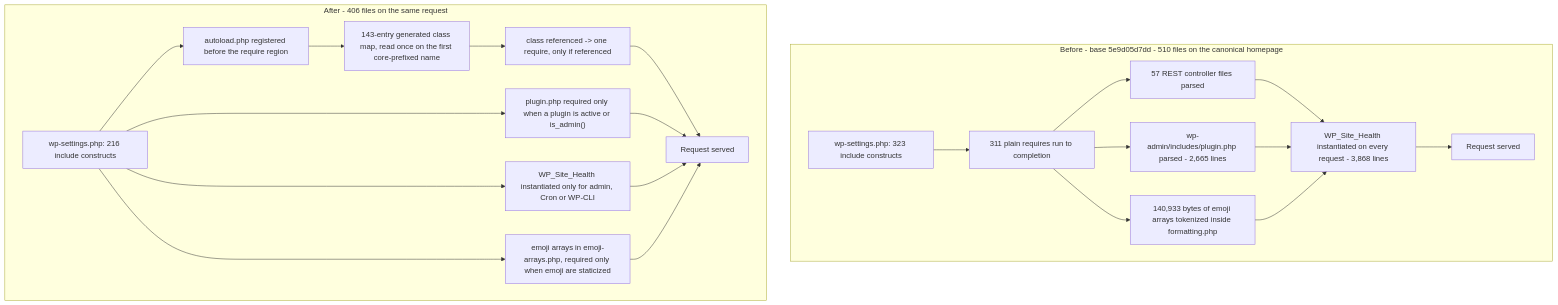
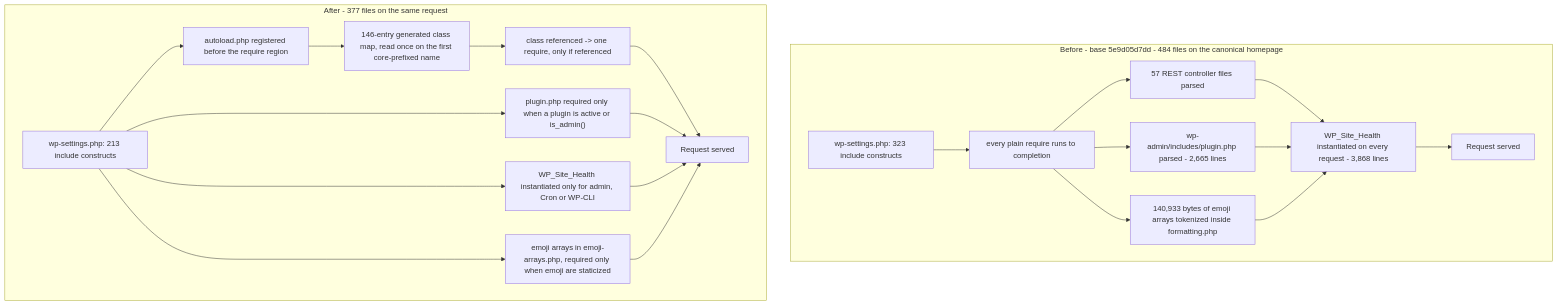
The diagram in docs/performance-optimization-report.md (blitzy-research/wordpress-develop), drawn with Mermaid before and after one commit. The commit also changed other lines of this file and 28 other files, not shown here.

````diff
--- a/docs/performance-optimization-report.md
+++ b/docs/performance-optimization-report.md
@@ -255,26 +413,26 @@
 ```mermaid
 graph TD
-    subgraph BEFORE["Before - base 5e9d05d7dd - 510 files on the canonical homepage"]
-        B1["wp-settings.php: 323 include constructs"] --> B2["311 plain requires run to completion"]
+    subgraph BEFORE["Before - base 5e9d05d7dd - 484 files on the canonical homepage"]
+        B1["wp-settings.php: 323 include constructs"] --> B2["every plain require runs to completion"]
         B2 --> B3["57 REST controller files parsed"]
         B2 --> B4["wp-admin/includes/plugin.php parsed - 2,665 lines"]
         B2 --> B5["140,933 bytes of emoji arrays tokenized inside formatting.php"]
         B3 --> B6["WP_Site_Health instantiated on every request - 3,868 lines"]
         B4 --> B6
         B5 --> B6
         B6 --> B7["Request served"]
     end
-    subgraph AFTER["After - 406 files on the same request"]
-        A1["wp-settings.php: 216 include constructs"] --> A2["autoload.php registered before the require region"]
-        A2 --> A3["143-entry generated class map, read once on the first core-prefixed name"]
+    subgraph AFTER["After - 377 files on the same request"]
+        A1["wp-settings.php: 213 include constructs"] --> A2["autoload.php registered before the require region"]
+        A2 --> A3["146-entry generated class map, read once on the first core-prefixed name"]
         A3 --> A4["class referenced -> one require, only if referenced"]
         A1 --> A5["plugin.php required only when a plugin is active or is_admin()"]
         A1 --> A6["WP_Site_Health instantiated only for admin, Cron or WP-CLI"]
         A1 --> A7["emoji arrays in emoji-arrays.php, required only when emoji are staticized"]
         A4 --> A8["Request served"]
         A5 --> A8
         A6 --> A8
         A7 --> A8
     end
 %% Legend: each AFTER path is a file that is no longer parsed unless something asks for it.
 ```
````
